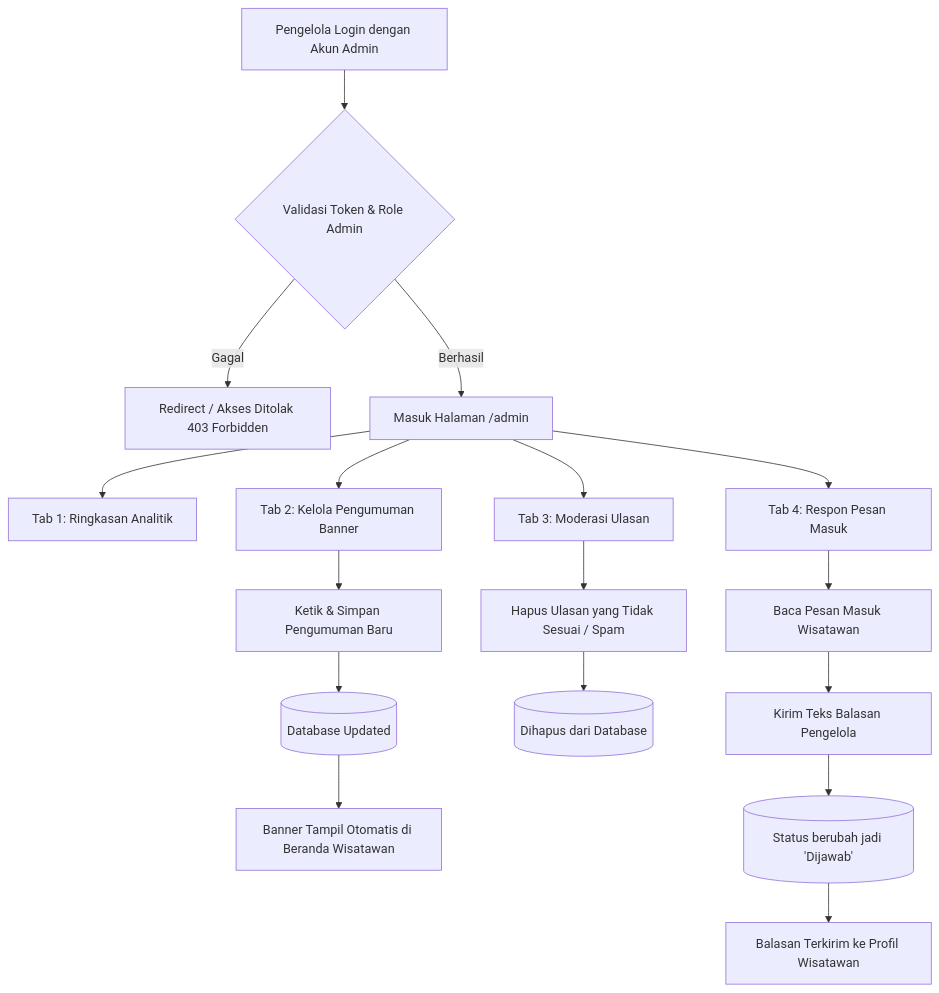
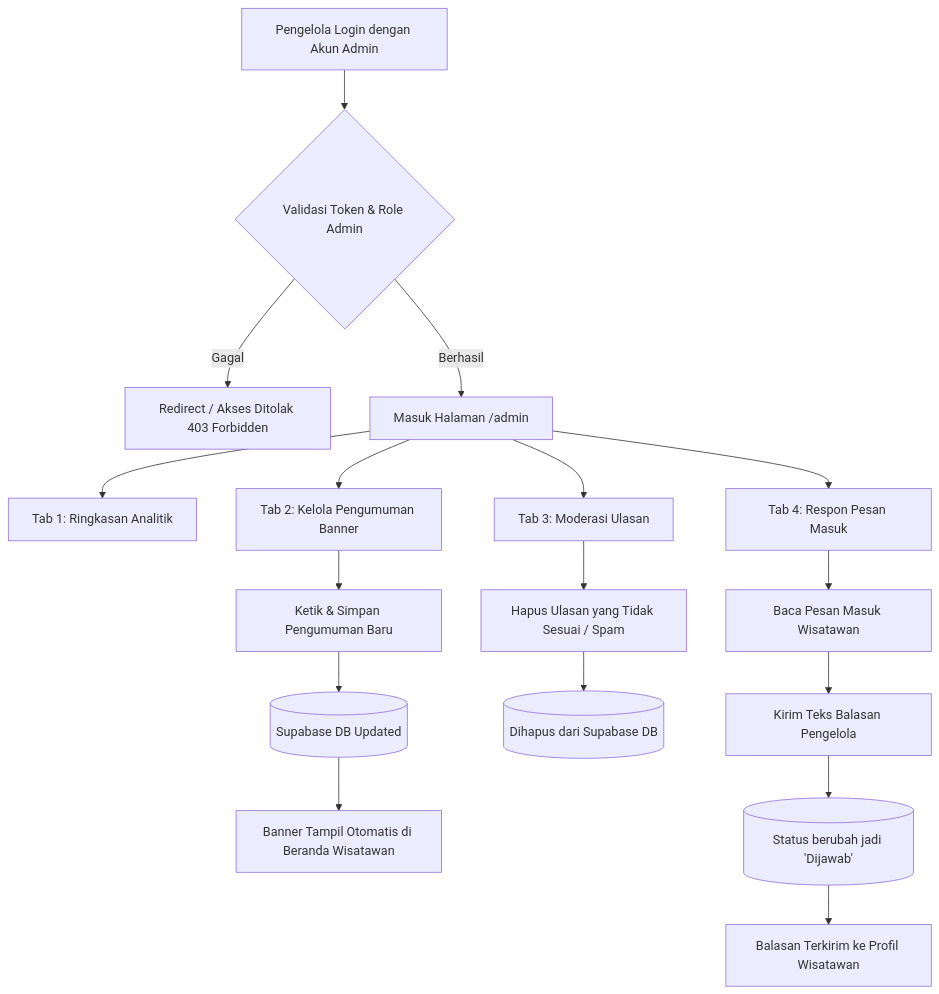
The third of 7 diagrams in WORKFLOW.md (WaraneyKamagi/Web-Bukit-Kasih), drawn with Mermaid before and after one commit. The commit also changed other lines of this file and 24 other files, not shown here.

Commit message:
Migrasi database ke Supabase

````diff
--- a/WORKFLOW.md
+++ b/WORKFLOW.md
@@ -96,23 +96,23 @@
 ```mermaid
 flowchart TD
     LoginAdmin[Pengelola Login dengan Akun Admin] --> AuthCheck{Validasi Token & Role Admin}
     AuthCheck -- Gagal --> Reject[Redirect / Akses Ditolak 403 Forbidden]
     AuthCheck -- Berhasil --> AdminDash[Masuk Halaman /admin]
     
     AdminDash --> Tab1[Tab 1: Ringkasan Analitik]
     AdminDash --> Tab2[Tab 2: Kelola Pengumuman Banner]
     AdminDash --> Tab3[Tab 3: Moderasi Ulasan]
     AdminDash --> Tab4[Tab 4: Respon Pesan Masuk]
 
     Tab2 --> PubAnnounce[Ketik & Simpan Pengumuman Baru]
-    PubAnnounce --> AnnounceDB[(Database Updated)]
+    PubAnnounce --> AnnounceDB[(Supabase DB Updated)]
     AnnounceDB --> BroadcastBanner[Banner Tampil Otomatis di Beranda Wisatawan]
 
     Tab3 --> DeleteReview[Hapus Ulasan yang Tidak Sesuai / Spam]
-    DeleteReview --> RemoveDB[(Dihapus dari Database)]
+    DeleteReview --> RemoveDB[(Dihapus dari Supabase DB)]
 
     Tab4 --> ReadInquiry[Baca Pesan Masuk Wisatawan]
     ReadInquiry --> WriteReply[Kirim Teks Balasan Pengelola]
     WriteReply --> InqDB[(Status berubah jadi 'Dijawab')]
     InqDB --> TouristProfile[Balasan Terkirim ke Profil Wisatawan]
 ```
````
